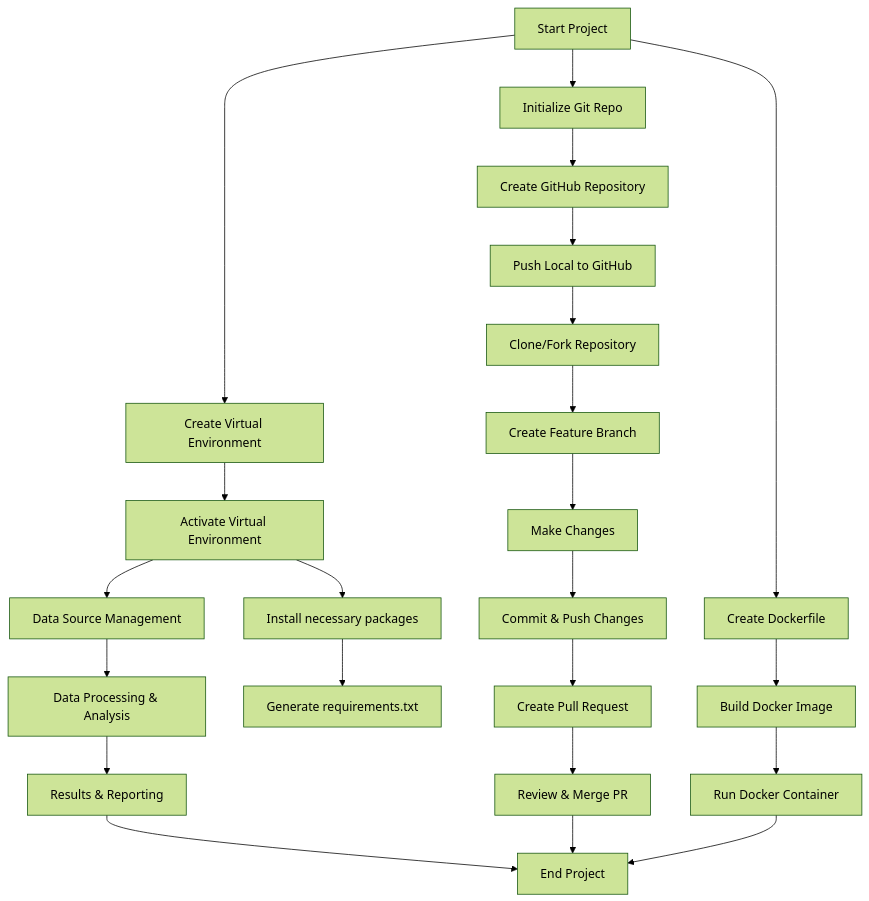
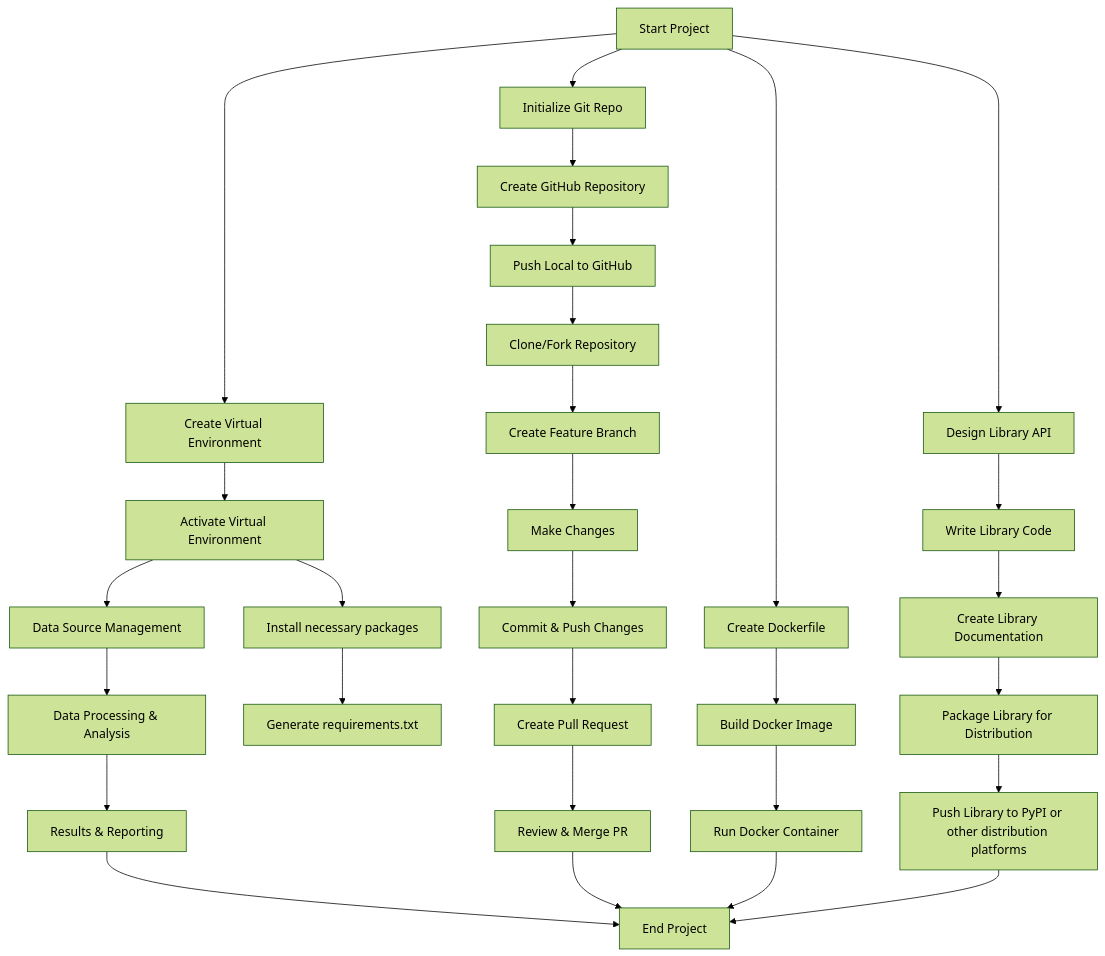
The diagram in workflow.md (DataScienceILC/repres-with-python), drawn with Mermaid (forest theme) before and after one commit.

````diff
--- a/workflow.md
+++ b/workflow.md
@@ -1,43 +1,52 @@
 ```mermaid
 
 
 graph TD
 
 A[Start Project]
 
 %% Virtual Environments
 A --> B[Create Virtual Environment]
 B --> C[Activate Virtual Environment]
 
 %% Guerrilla Analytics Principles
 C --> D[Data Source Management]
 D --> E[Data Processing & Analysis]
 E --> F[Results & Reporting]
 
 %% requirements.txt
 C --> G[Install necessary packages]
 G --> H[Generate requirements.txt]
 
 %% GitHub Workflow
 A --> I[Initialize Git Repo]
 I --> J[Create GitHub Repository]
 J --> K[Push Local to GitHub]
 
 %% GitHub Collaboration
 K --> L[Clone/Fork Repository]
 L --> M[Create Feature Branch]
 M --> N[Make Changes]
 N --> O[Commit & Push Changes]
 O --> P[Create Pull Request]
 P --> Q[Review & Merge PR]
 
 %% Docker
 A --> R[Create Dockerfile]
 R --> S[Build Docker Image]
 S --> T[Run Docker Container]
 
+%% Python Library Development
+A --> V[Design Library API]
+V --> W[Write Library Code]
+W --> X[Create Library Documentation]
+X --> Y[Package Library for Distribution]
+Y --> Z[Push Library to PyPI or other distribution platforms]
+
 %% End
 F --> U[End Project]
 Q --> U
 T --> U
+Z --> U
+
 ```
````
